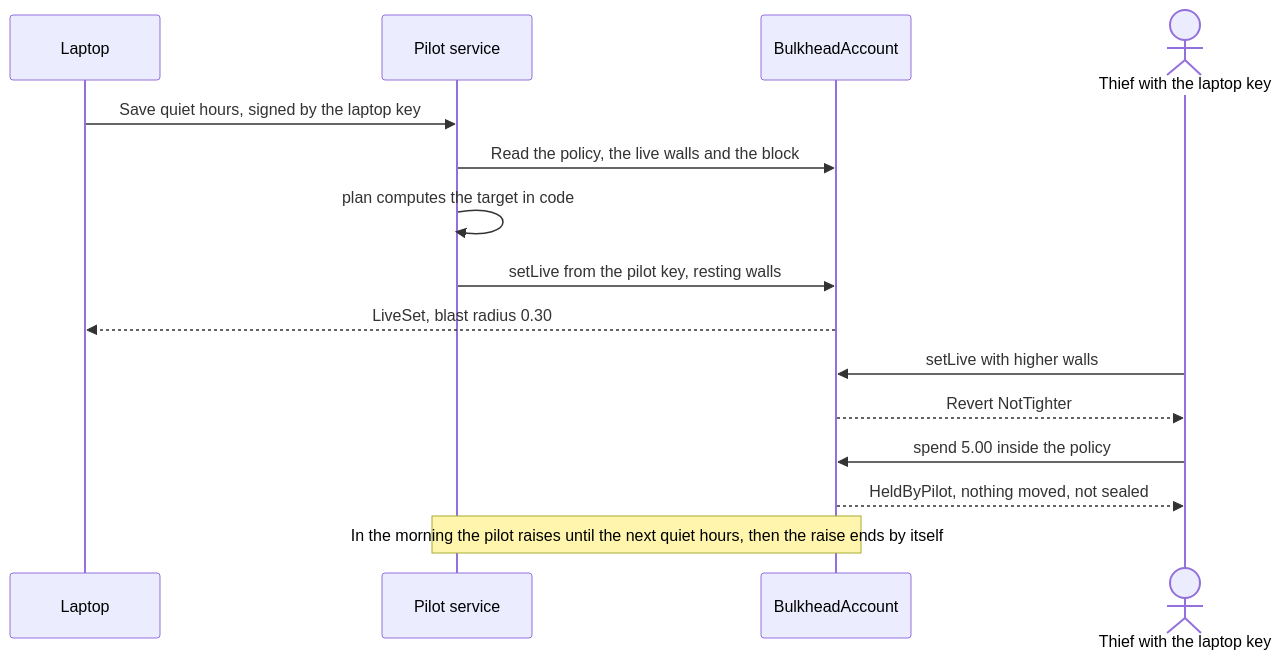
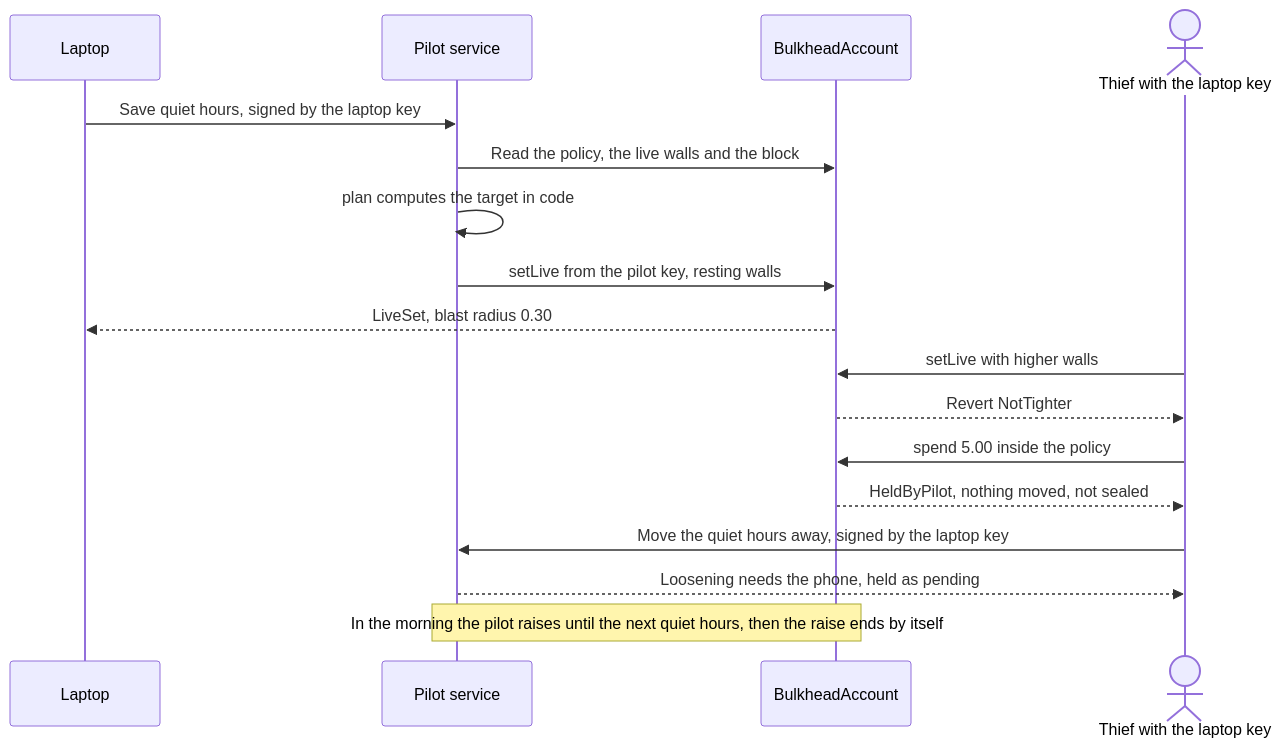
The third of 3 diagrams in README.md (CryptoZephyr/bulkhead), drawn with Mermaid before and after one commit. The commit also changed other lines of this file, not shown here.

Commit message:
README: cleaner architecture diagram, schedule guard in the pilot section and limits

````diff
--- a/README.md
+++ b/README.md
@@ -236,18 +229,20 @@
 ```mermaid
 sequenceDiagram
     participant Laptop
     participant Pilot as Pilot service
     participant Account as BulkheadAccount
     actor Thief as Thief with the laptop key
 
     Laptop->>Pilot: Save quiet hours, signed by the laptop key
     Pilot->>Account: Read the policy, the live walls and the block
     Pilot->>Pilot: plan computes the target in code
     Pilot->>Account: setLive from the pilot key, resting walls
     Account-->>Laptop: LiveSet, blast radius 0.30
     Thief->>Account: setLive with higher walls
     Account-->>Thief: Revert NotTighter
     Thief->>Account: spend 5.00 inside the policy
     Account-->>Thief: HeldByPilot, nothing moved, not sealed
+    Thief->>Pilot: Move the quiet hours away, signed by the laptop key
+    Pilot-->>Thief: Loosening needs the phone, held as pending
     Note over Pilot,Account: In the morning the pilot raises until the next quiet hours, then the raise ends by itself
 ```
````
